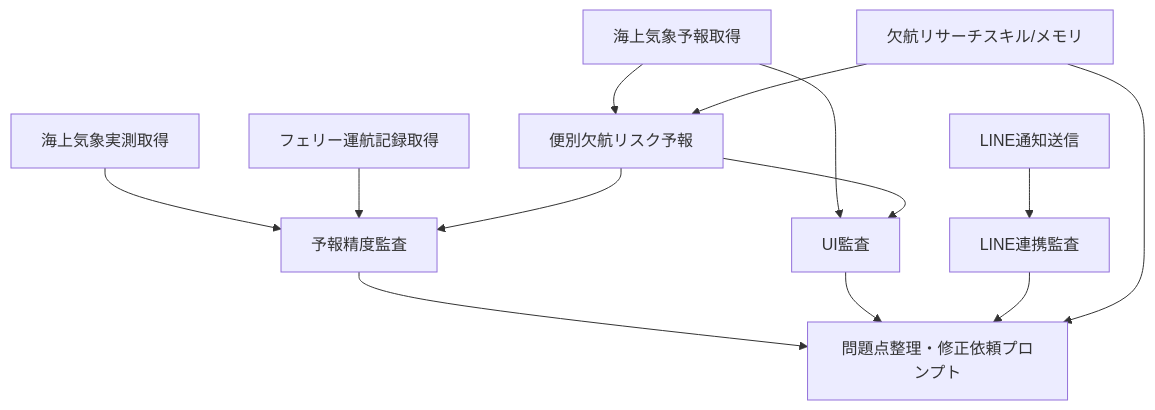
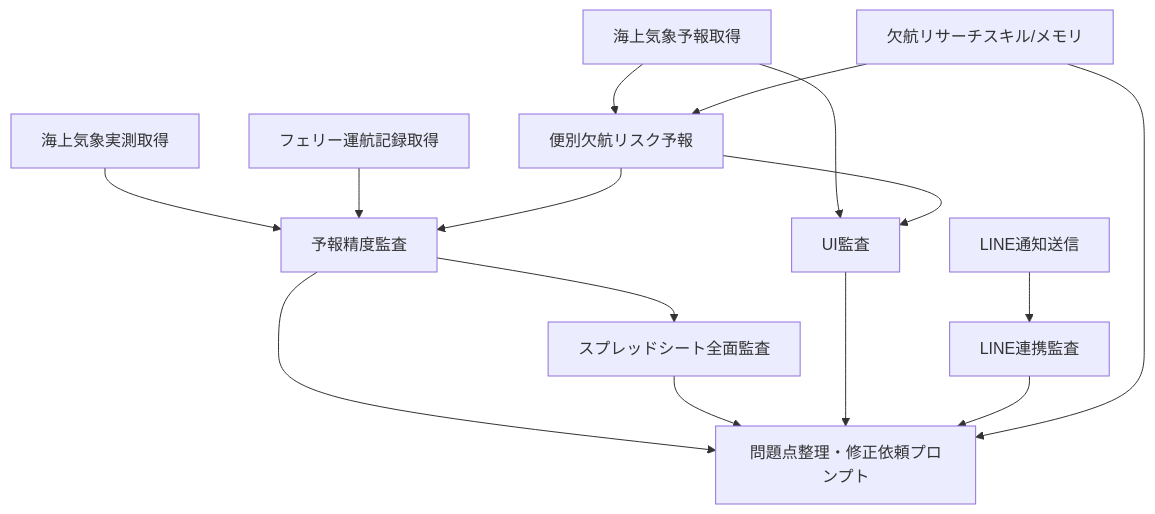
One commit to famosoyuhei/hokkaido_ferry_forecast changed the diagram in docs/ai_employees/automation_blueprint.md. Above: the diagram before and after it, drawn with Mermaid. The commit also changed other lines of this file and 6 other files, not shown here.

````diff
--- a/docs/ai_employees/automation_blueprint.md
+++ b/docs/ai_employees/automation_blueprint.md
@@ -25,15 +26,17 @@
 ```mermaid
 flowchart TD
     Forecast["海上気象予報取得"] --> Risk["便別欠航リスク予報"]
     Forecast --> UIMon["UI監査"]
     ActualWeather["海上気象実測取得"] --> Audit["予報精度監査"]
     FerryOps["フェリー運航記録取得"] --> Audit
     Risk --> Audit
+    Audit --> SheetAudit["スプレッドシート全面監査"]
     Risk --> UIMon
     Audit --> Prompt["問題点整理・修正依頼プロンプト"]
+    SheetAudit --> Prompt
     UIMon --> Prompt
     LineNotif["LINE通知送信"] --> LineAudit["LINE連携監査"]
     LineAudit --> Prompt
     Research["欠航リサーチスキル/メモリ"] --> Prompt
     Research --> Risk
 ```
````
